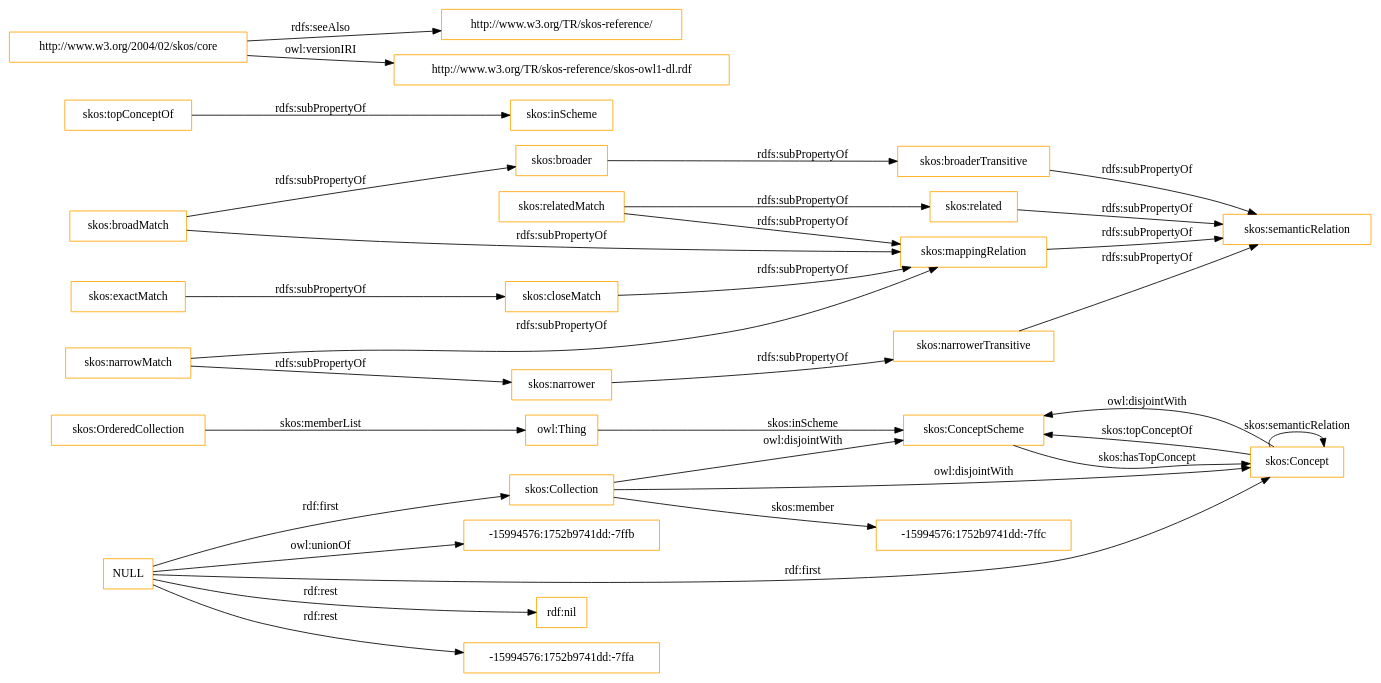
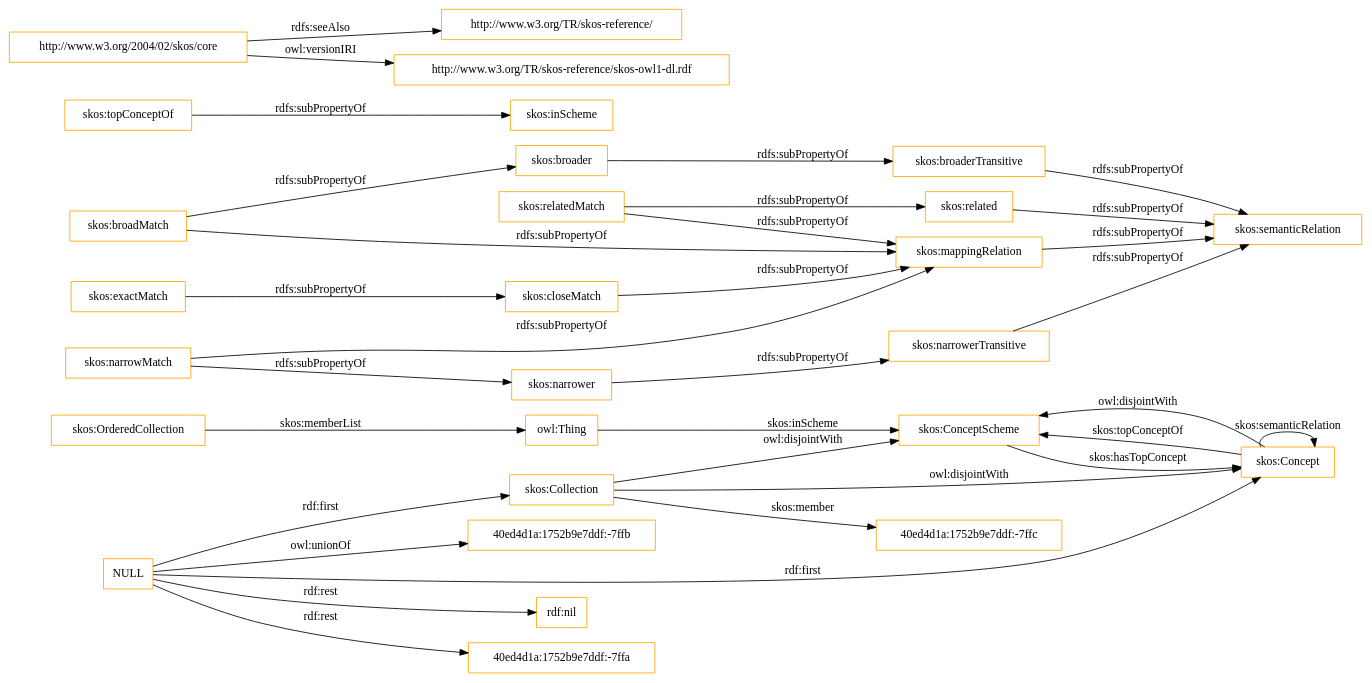
Before and after one commit to OnToologyUser/core-ontology-1: the diagram in OnToology/imports/skos.owl/diagrams/ar2dtool-class/skos.owl.png.dot, drawn with Graphviz. The commit also changed 14 other files, not shown here.

```diff
--- a/OnToology/imports/skos.owl/diagrams/ar2dtool-class/skos.owl.png.dot
+++ b/OnToology/imports/skos.owl/diagrams/ar2dtool-class/skos.owl.png.dot
@@ -1,37 +1,37 @@
 digraph ar2dtool_diagram { 
 rankdir=LR;
 size="1501"
-node [shape = rectangle, color="orange"]; "skos:OrderedCollection" "skos:ConceptScheme" "skos:Concept" "skos:Collection" "-15994576:1752b9741dd:-7ffc" ; /*classes style*/
+node [shape = rectangle, color="orange"]; "skos:OrderedCollection" "skos:ConceptScheme" "skos:Concept" "skos:Collection" "40ed4d1a:1752b9e7ddf:-7ffc" ; /*classes style*/
 	"skos:narrowerTransitive" -> "skos:semanticRelation" [ label = "rdfs:subPropertyOf" ];
 	"NULL" -> "rdf:nil" [ label = "rdf:rest" ];
 	"NULL" -> "skos:Concept" [ label = "rdf:first" ];
-	"NULL" -> "-15994576:1752b9741dd:-7ffa" [ label = "rdf:rest" ];
+	"NULL" -> "40ed4d1a:1752b9e7ddf:-7ffa" [ label = "rdf:rest" ];
 	"NULL" -> "skos:Collection" [ label = "rdf:first" ];
-	"NULL" -> "-15994576:1752b9741dd:-7ffb" [ label = "owl:unionOf" ];
+	"NULL" -> "40ed4d1a:1752b9e7ddf:-7ffb" [ label = "owl:unionOf" ];
 	"skos:closeMatch" -> "skos:mappingRelation" [ label = "rdfs:subPropertyOf" ];
 	"skos:Concept" -> "skos:ConceptScheme" [ label = "owl:disjointWith" ];
 	"skos:relatedMatch" -> "skos:related" [ label = "rdfs:subPropertyOf" ];
 	"skos:relatedMatch" -> "skos:mappingRelation" [ label = "rdfs:subPropertyOf" ];
 	"skos:related" -> "skos:semanticRelation" [ label = "rdfs:subPropertyOf" ];
 	"skos:topConceptOf" -> "skos:inScheme" [ label = "rdfs:subPropertyOf" ];
 	"skos:broadMatch" -> "skos:mappingRelation" [ label = "rdfs:subPropertyOf" ];
 	"skos:broadMatch" -> "skos:broader" [ label = "rdfs:subPropertyOf" ];
 	"skos:exactMatch" -> "skos:closeMatch" [ label = "rdfs:subPropertyOf" ];
 	"skos:broaderTransitive" -> "skos:semanticRelation" [ label = "rdfs:subPropertyOf" ];
 	"skos:broader" -> "skos:broaderTransitive" [ label = "rdfs:subPropertyOf" ];
 	"skos:mappingRelation" -> "skos:semanticRelation" [ label = "rdfs:subPropertyOf" ];
 	"http://www.w3.org/2004/02/skos/core" -> "http://www.w3.org/TR/skos-reference/" [ label = "rdfs:seeAlso" ];
 	"http://www.w3.org/2004/02/skos/core" -> "http://www.w3.org/TR/skos-reference/skos-owl1-dl.rdf" [ label = "owl:versionIRI" ];
 	"skos:Collection" -> "skos:ConceptScheme" [ label = "owl:disjointWith" ];
 	"skos:Collection" -> "skos:Concept" [ label = "owl:disjointWith" ];
 	"skos:narrower" -> "skos:narrowerTransitive" [ label = "rdfs:subPropertyOf" ];
 	"skos:narrowMatch" -> "skos:narrower" [ label = "rdfs:subPropertyOf" ];
 	"skos:narrowMatch" -> "skos:mappingRelation" [ label = "rdfs:subPropertyOf" ];
 	"skos:OrderedCollection" -> "owl:Thing" [ label = "skos:memberList" ];
 	"skos:Concept" -> "skos:ConceptScheme" [ label = "skos:topConceptOf" ];
 	"skos:Concept" -> "skos:Concept" [ label = "skos:semanticRelation" ];
-	"skos:Collection" -> "-15994576:1752b9741dd:-7ffc" [ label = "skos:member" ];
+	"skos:Collection" -> "40ed4d1a:1752b9e7ddf:-7ffc" [ label = "skos:member" ];
 	"skos:ConceptScheme" -> "skos:Concept" [ label = "skos:hasTopConcept" ];
 	"owl:Thing" -> "skos:ConceptScheme" [ label = "skos:inScheme" ];
 
 }
```
